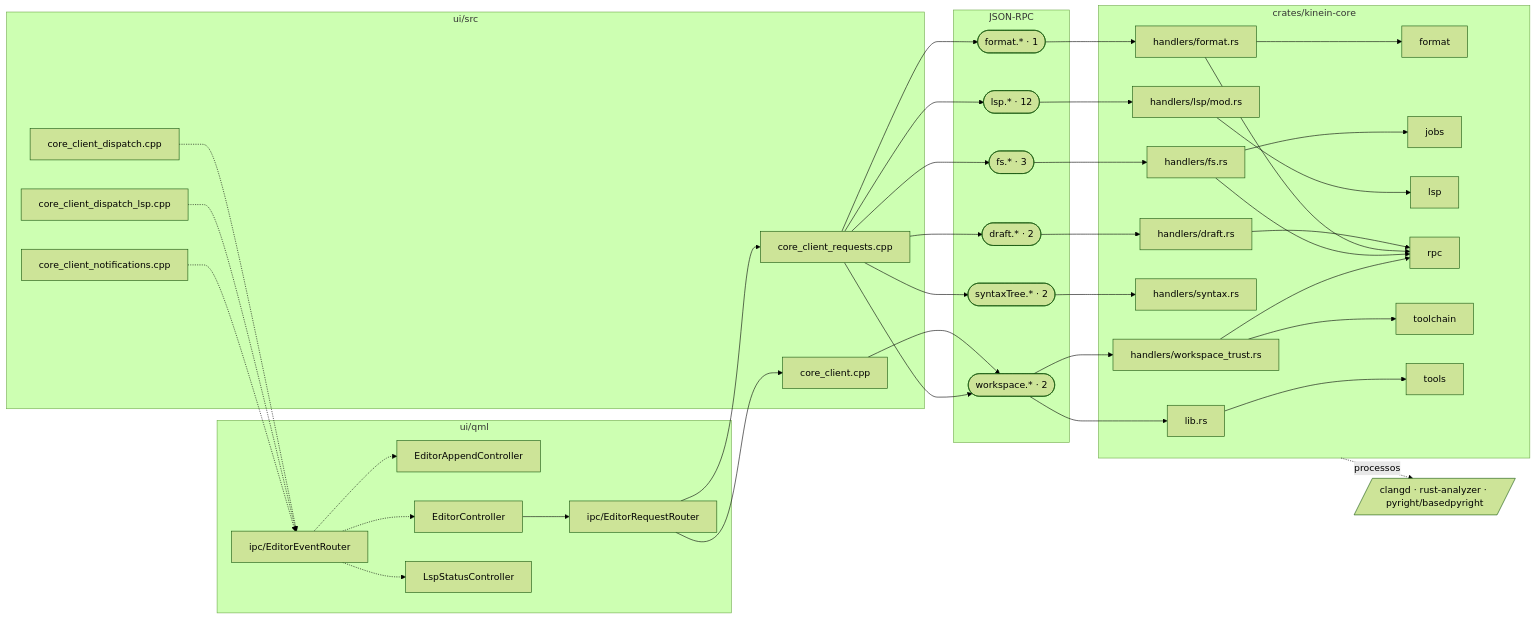
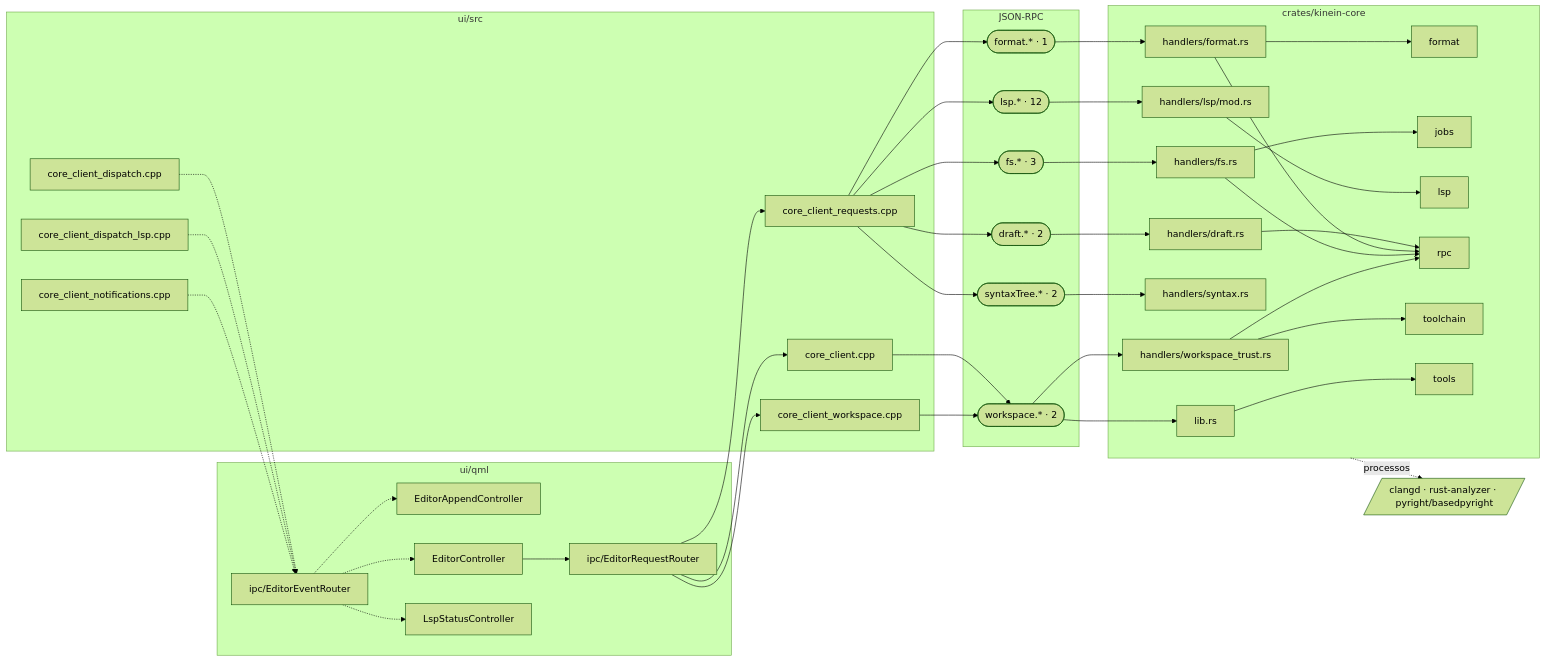
The fifth of 16 diagrams in DocsPublic/arquitetura/01-mapa-de-modulos.md (ViktorWalde/KineinVectis), drawn with Mermaid (forest theme) before and after one commit. The commit also changed other lines of this file and 44 other files, not shown here.

````diff
--- a/DocsPublic/arquitetura/01-mapa-de-modulos.md
+++ b/DocsPublic/arquitetura/01-mapa-de-modulos.md
@@ -499,74 +505,76 @@
 ```mermaid
 flowchart LR
   subgraph QML["ui/qml"]
     n_ui_qml_editor_EditorAppendController_qml["EditorAppendController"]
     n_ui_qml_editor_EditorController_qml["EditorController"]
     n_ui_qml_workspace_LspStatusController_qml["LspStatusController"]
     n_ui_qml_ipc_EditorRequestRouter_qml["ipc/EditorRequestRouter"]
     n_ui_qml_ipc_EditorEventRouter_qml["ipc/EditorEventRouter"]
   end
   subgraph CPP["ui/src"]
     n_ui_src_core_client_cpp["core_client.cpp"]
     n_ui_src_core_client_dispatch_cpp["core_client_dispatch.cpp"]
     n_ui_src_core_client_dispatch_lsp_cpp["core_client_dispatch_lsp.cpp"]
     n_ui_src_core_client_notifications_cpp["core_client_notifications.cpp"]
     n_ui_src_core_client_requests_cpp["core_client_requests.cpp"]
+    n_ui_src_core_client_workspace_cpp["core_client_workspace.cpp"]
   end
   subgraph IPC["JSON-RPC"]
     n_ipc_draft(["draft.* · 2"])
     n_ipc_format(["format.* · 1"])
     n_ipc_fs(["fs.* · 3"])
     n_ipc_lsp(["lsp.* · 12"])
     n_ipc_syntaxTree(["syntaxTree.* · 2"])
     n_ipc_workspace(["workspace.* · 2"])
   end
   subgraph CORE["crates/kinein-core"]
     n_crates_kinein_core_src_handlers_draft_rs["handlers/draft.rs"]
     n_crates_kinein_core_src_handlers_format_rs["handlers/format.rs"]
     n_crates_kinein_core_src_handlers_fs_rs["handlers/fs.rs"]
     n_crates_kinein_core_src_handlers_lsp_mod_rs["handlers/lsp/mod.rs"]
     n_crates_kinein_core_src_handlers_syntax_rs["handlers/syntax.rs"]
     n_crates_kinein_core_src_handlers_workspace_trust_rs["handlers/workspace_trust.rs"]
     n_crates_kinein_core_src_lib_rs["lib.rs"]
     n_core_format[format]
     n_core_jobs[jobs]
     n_core_lsp[lsp]
     n_core_rpc[rpc]
     n_core_toolchain[toolchain]
     n_core_tools[tools]
   end
   n_tools_editor[/"clangd · rust-analyzer · pyright/basedpyright"/]
   n_ui_qml_editor_EditorController_qml --> n_ui_qml_ipc_EditorRequestRouter_qml
   n_ui_qml_ipc_EditorEventRouter_qml -.-> n_ui_qml_editor_EditorAppendController_qml
   n_ui_qml_ipc_EditorEventRouter_qml -.-> n_ui_qml_editor_EditorController_qml
   n_ui_qml_ipc_EditorEventRouter_qml -.-> n_ui_qml_workspace_LspStatusController_qml
   n_ui_qml_ipc_EditorRequestRouter_qml --> n_ui_src_core_client_cpp
   n_ui_qml_ipc_EditorRequestRouter_qml --> n_ui_src_core_client_requests_cpp
+  n_ui_qml_ipc_EditorRequestRouter_qml --> n_ui_src_core_client_workspace_cpp
   n_ui_src_core_client_cpp --> n_ipc_workspace
   n_ui_src_core_client_dispatch_cpp -.-> n_ui_qml_ipc_EditorEventRouter_qml
   n_ui_src_core_client_dispatch_lsp_cpp -.-> n_ui_qml_ipc_EditorEventRouter_qml
   n_ui_src_core_client_notifications_cpp -.-> n_ui_qml_ipc_EditorEventRouter_qml
   n_ui_src_core_client_requests_cpp --> n_ipc_draft
   n_ui_src_core_client_requests_cpp --> n_ipc_format
   n_ui_src_core_client_requests_cpp --> n_ipc_fs
   n_ui_src_core_client_requests_cpp --> n_ipc_lsp
   n_ui_src_core_client_requests_cpp --> n_ipc_syntaxTree
-  n_ui_src_core_client_requests_cpp --> n_ipc_workspace
+  n_ui_src_core_client_workspace_cpp --> n_ipc_workspace
   n_ipc_draft --> n_crates_kinein_core_src_handlers_draft_rs
   n_crates_kinein_core_src_handlers_draft_rs --> n_core_rpc
   n_ipc_format --> n_crates_kinein_core_src_handlers_format_rs
   n_crates_kinein_core_src_handlers_format_rs --> n_core_format
   n_crates_kinein_core_src_handlers_format_rs --> n_core_rpc
   n_ipc_fs --> n_crates_kinein_core_src_handlers_fs_rs
   n_crates_kinein_core_src_handlers_fs_rs --> n_core_jobs
   n_crates_kinein_core_src_handlers_fs_rs --> n_core_rpc
   n_ipc_lsp --> n_crates_kinein_core_src_handlers_lsp_mod_rs
   n_crates_kinein_core_src_handlers_lsp_mod_rs --> n_core_lsp
   n_ipc_syntaxTree --> n_crates_kinein_core_src_handlers_syntax_rs
   n_ipc_workspace --> n_crates_kinein_core_src_handlers_workspace_trust_rs
   n_crates_kinein_core_src_handlers_workspace_trust_rs --> n_core_rpc
   n_crates_kinein_core_src_handlers_workspace_trust_rs --> n_core_toolchain
   n_ipc_workspace --> n_crates_kinein_core_src_lib_rs
   n_crates_kinein_core_src_lib_rs --> n_core_tools
   CORE -.->|processos| n_tools_editor
 ```
````
